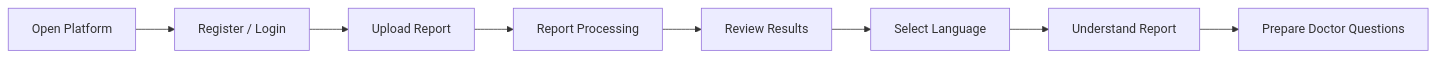
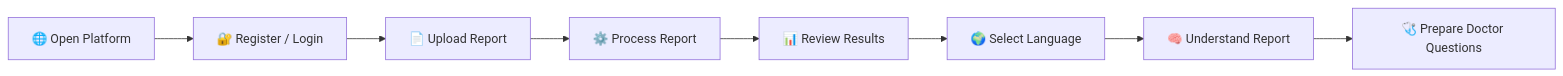
One commit to mohammadjubaid76-collab/Med_Decoder changed the third of 3 diagrams in README.md. Above: the diagram before and after it, drawn with Mermaid. The commit also changed other lines of this file, not shown here.

````diff
--- a/README.md
+++ b/README.md
@@ -305,10 +311,10 @@
 ```mermaid
 flowchart LR
-    A["Open Platform"] --> B["Register / Login"]
-    B --> C["Upload Report"]
-    C --> D["Report Processing"]
-    D --> E["Review Results"]
-    E --> F["Select Language"]
-    F --> G["Understand Report"]
-    G --> H["Prepare Doctor Questions"]
+    A["🌐 Open Platform"] --> B["🔐 Register / Login"]
+    B --> C["📄 Upload Report"]
+    C --> D["⚙️ Process Report"]
+    D --> E["📊 Review Results"]
+    E --> F["🌍 Select Language"]
+    F --> G["🧠 Understand Report"]
+    G --> H["🩺 Prepare Doctor Questions"]
 ```
````
